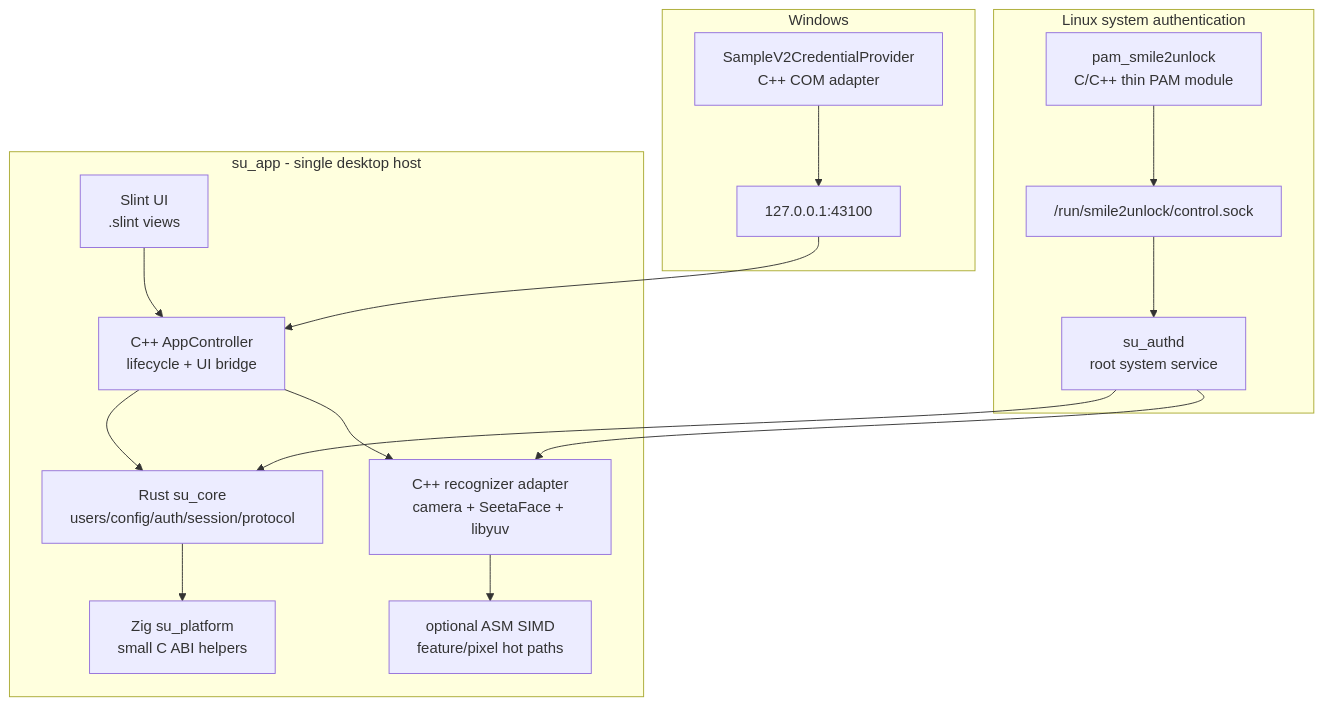
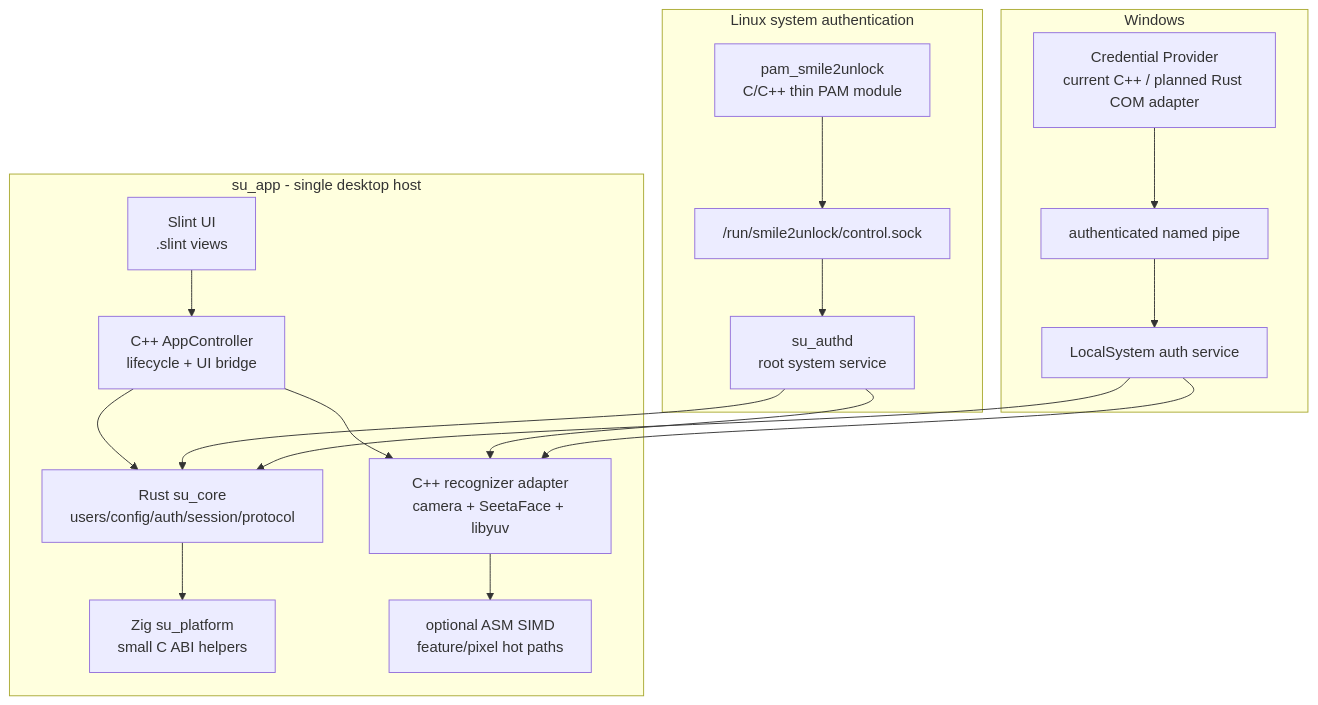
Before and after one commit to Smile2Unlock/Smile2Unlock_v2: the diagram in docs/rewrite_master_plan.md, drawn with Mermaid. The commit also changed other lines of this file and 37 other files, not shown here.

````diff
--- a/docs/rewrite_master_plan.md
+++ b/docs/rewrite_master_plan.md
@@ -72,32 +73,35 @@
 ```mermaid
 flowchart TB
     subgraph App["su_app - single desktop host"]
         UI["Slint UI<br/>.slint views"]
         Controller["C++ AppController<br/>lifecycle + UI bridge"]
         Core["Rust su_core<br/>users/config/auth/session/protocol"]
         Rec["C++ recognizer adapter<br/>camera + SeetaFace + libyuv"]
         Platform["Zig su_platform<br/>small C ABI helpers"]
         Simd["optional ASM SIMD<br/>feature/pixel hot paths"]
 
         UI --> Controller
         Controller --> Core
         Controller --> Rec
         Core --> Platform
         Rec --> Simd
     end
 
     subgraph Linux["Linux system authentication"]
         PAM["pam_smile2unlock<br/>C/C++ thin PAM module"]
         PAMSock["/run/smile2unlock/control.sock"]
         Authd["su_authd<br/>root system service"]
         PAM --> PAMSock --> Authd
         Authd --> Core
         Authd --> Rec
     end
 
     subgraph Windows["Windows"]
-        CP["SampleV2CredentialProvider<br/>C++ COM adapter"]
-        CPSock["127.0.0.1:43100"]
-        CP --> CPSock --> Controller
+        CP["Credential Provider<br/>current C++ / planned Rust COM adapter"]
+        CPPipe["authenticated named pipe"]
+        WinService["LocalSystem auth service"]
+        CP --> CPPipe --> WinService
+        WinService --> Core
+        WinService --> Rec
     end
 ```
````
